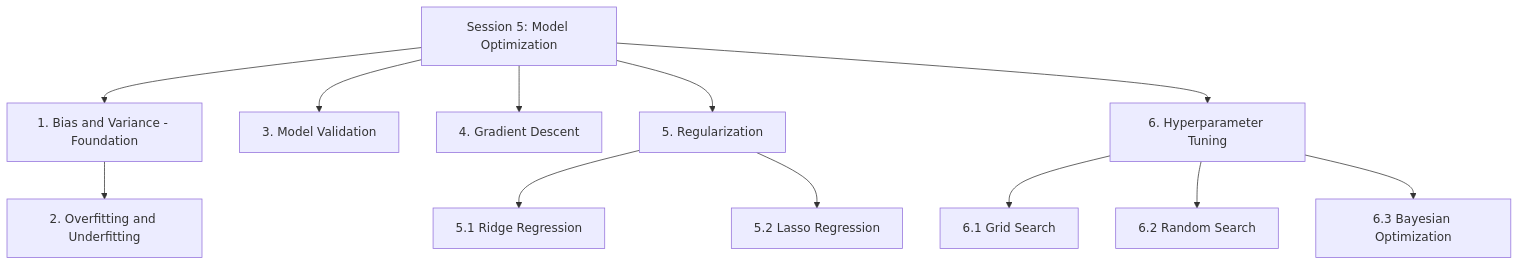
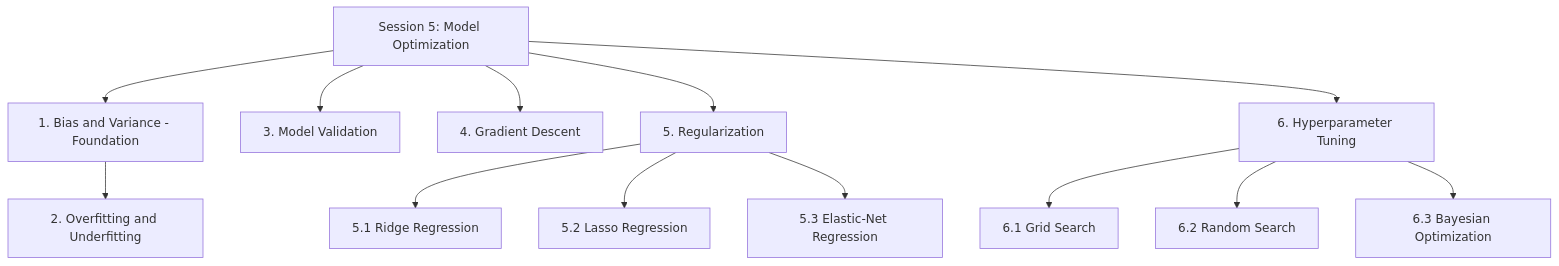
Before and after one commit to mhd-riaz/data-scientist-roadmap: the first of 3 diagrams in semester-1/05-supervised-ml-regression/notes/05-model-optimization.md, drawn with Mermaid. The commit also changed other lines of this file and 3 other files, not shown here.

````diff
--- a/semester-1/05-supervised-ml-regression/notes/05-model-optimization.md
+++ b/semester-1/05-supervised-ml-regression/notes/05-model-optimization.md
@@ -8,14 +8,15 @@
 ```mermaid
 flowchart TD
     S5[Session 5: Model Optimization] --> P1[1. Bias and Variance - Foundation]
     P1 --> P2[2. Overfitting and Underfitting]
     S5 --> P3[3. Model Validation]
     S5 --> P4[4. Gradient Descent]
     S5 --> P5[5. Regularization]
     S5 --> P6[6. Hyperparameter Tuning]
     P5 --> C51[5.1 Ridge Regression]
     P5 --> C52[5.2 Lasso Regression]
+    P5 --> C53[5.3 Elastic-Net Regression]
     P6 --> C61[6.1 Grid Search]
     P6 --> C62[6.2 Random Search]
     P6 --> C63[6.3 Bayesian Optimization]
 ```
````
